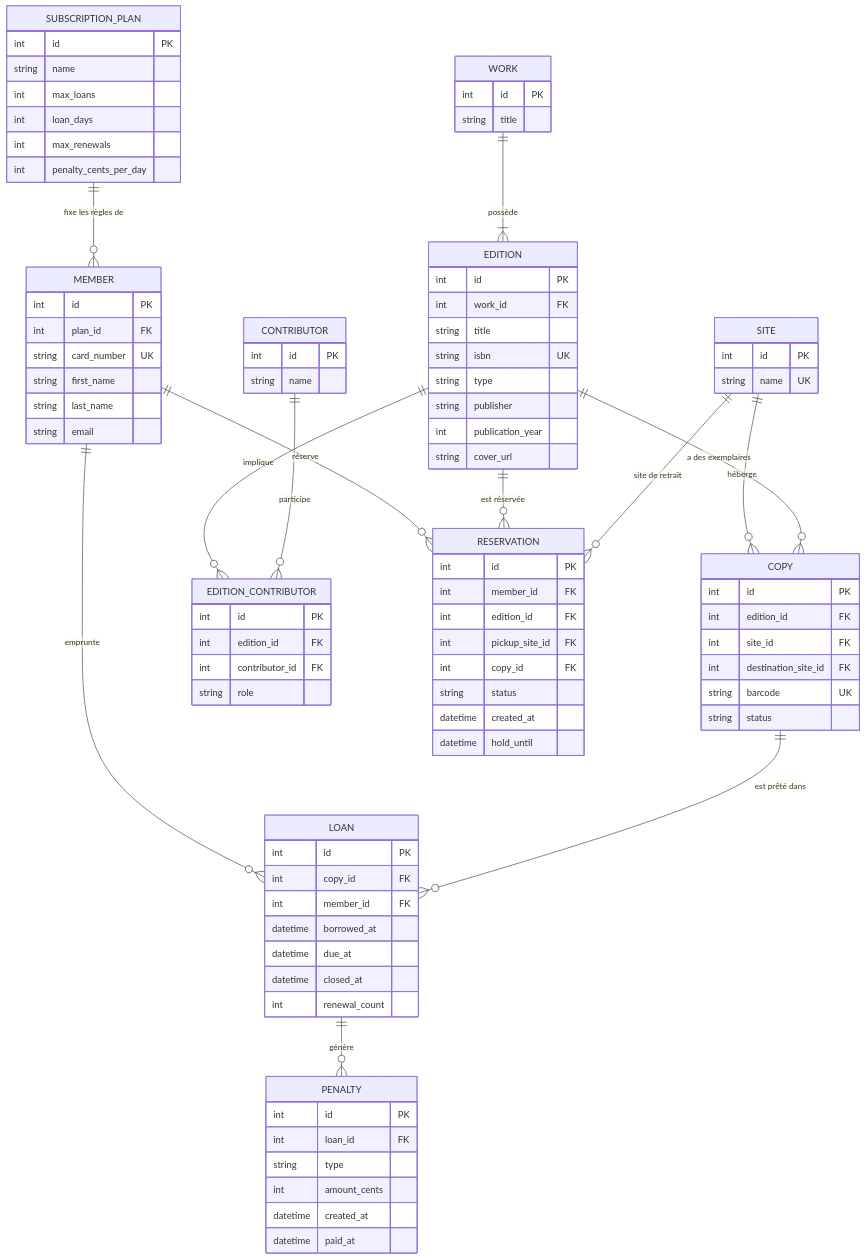
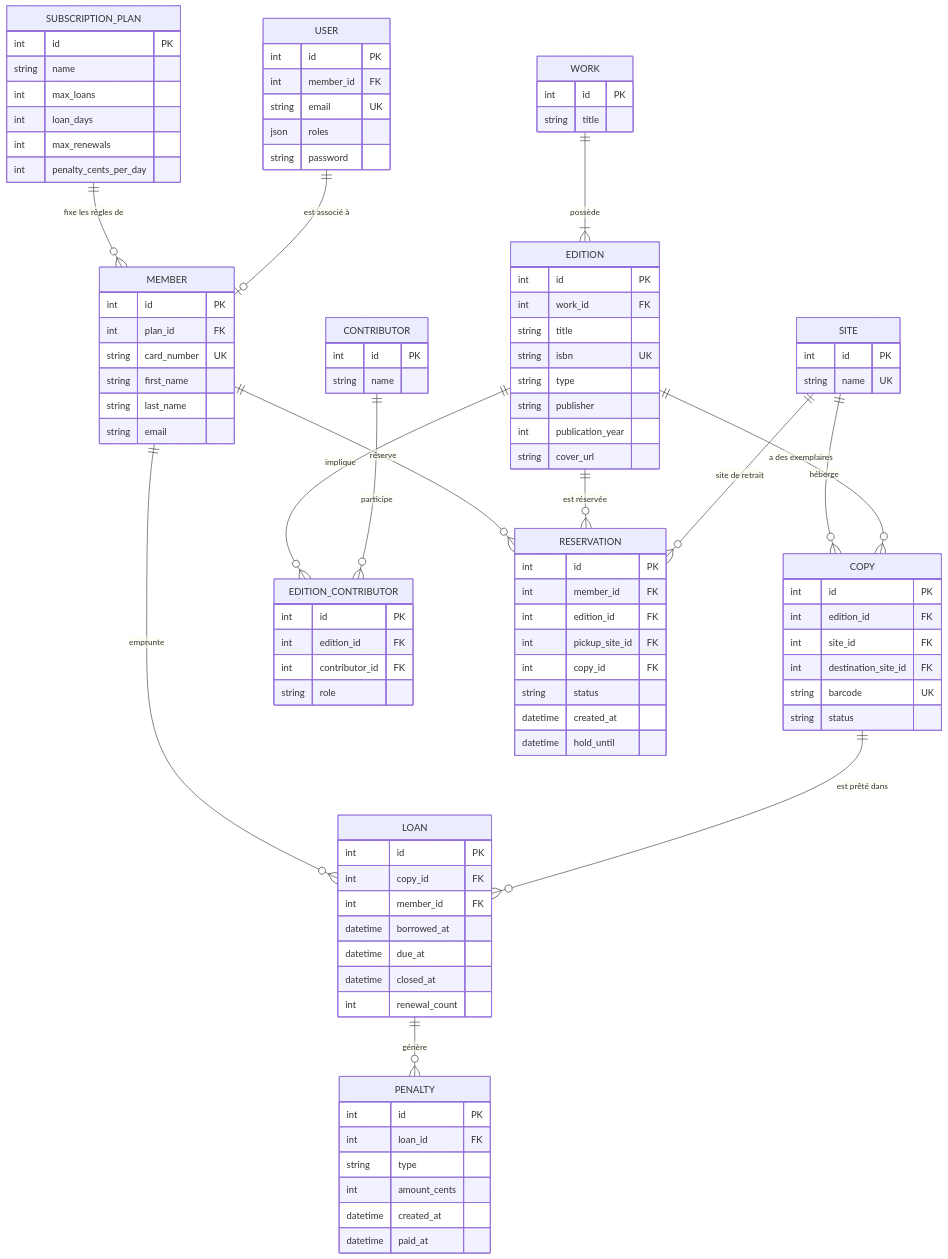
One commit to nassimatk/mediatheque changed the diagram in docs/MODELE.md. Above: the diagram before and after it, drawn with Mermaid. The commit also changed other lines of this file and 1 other file, not shown here.

Commit message:
docs: mise a jour du modele avec User et ajout des decisions sur les roles, le comptoir et la rotation

```diff
--- a/docs/MODELE.md
+++ b/docs/MODELE.md
@@ -18,7 +18,15 @@
     EDITION ||--o{ RESERVATION : "est réservée"
     SITE ||--o{ RESERVATION : "site de retrait"
     LOAN ||--o{ PENALTY : "génère"
+    USER ||--o| MEMBER : "est associé à"
 
+    USER {
+        int id PK
+        int member_id FK
+        string email UK
+        json roles
+        string password
+    }
     SITE {
         int id PK
         string name UK
```
